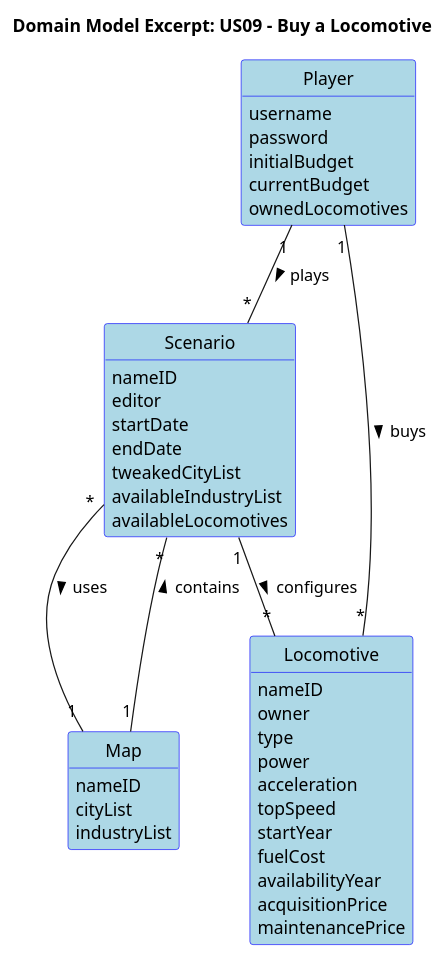
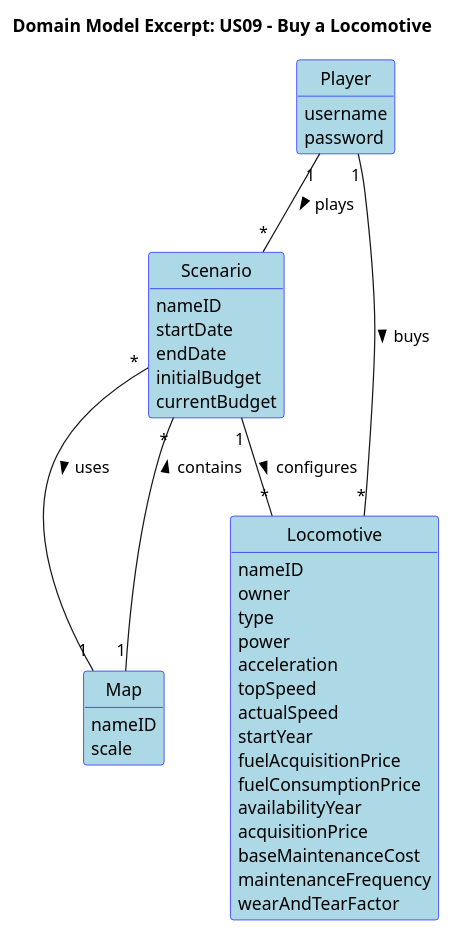
Before and after one commit to HenriqueSilva18/Railway-Network-Simulator: the diagram in docs/system-documentation/Sprint 3/US09/02.analysis/puml/US09-DM.puml, drawn with PlantUML. The commit also changed 43 other files, not shown here.

```diff
--- a/docs/system-documentation/Sprint 3/US09/02.analysis/puml/US09-DM.puml
+++ b/docs/system-documentation/Sprint 3/US09/02.analysis/puml/US09-DM.puml
@@ -1,61 +1,59 @@
 @startuml
 skinparam shadowing false
 skinparam classAttributeIconSize 0
 skinparam class {
   BackgroundColor LightBlue
   BorderColor Blue
 }
 skinparam enum {
   BackgroundColor LightBlue
   BorderColor Blue
 }
 hide circle
 hide methods
 
 title Domain Model Excerpt: US09 - Buy a Locomotive
 
 class Player {
   username
   password
-  initialBudget
-  currentBudget
-  ownedLocomotives
 }
 
 class Map {
   nameID
-  cityList
-  industryList
+  scale
 }
 
 class Scenario {
   nameID
-  editor
   startDate
   endDate
-  tweakedCityList
-  availableIndustryList
-  availableLocomotives
+  initialBudget
+  currentBudget
 }
 
 class Locomotive {
   nameID
   owner
   type
   power
   acceleration
   topSpeed
+  actualSpeed
   startYear
-  fuelCost
+  fuelAcquisitionPrice
+  fuelConsumptionPrice
   availabilityYear
   acquisitionPrice
-  maintenancePrice
+  baseMaintenanceCost
+  maintenanceFrequency
+  wearAndTearFactor
 }
 
 Player "1" -- "*" Scenario : plays >
 Player "1" -- "*" Locomotive : buys >
 Scenario "1" -- "*" Locomotive : configures >
 Scenario "*" -- "1" Map : uses >
 Map "1" -- "*" Scenario : contains >
 
 @enduml
```
